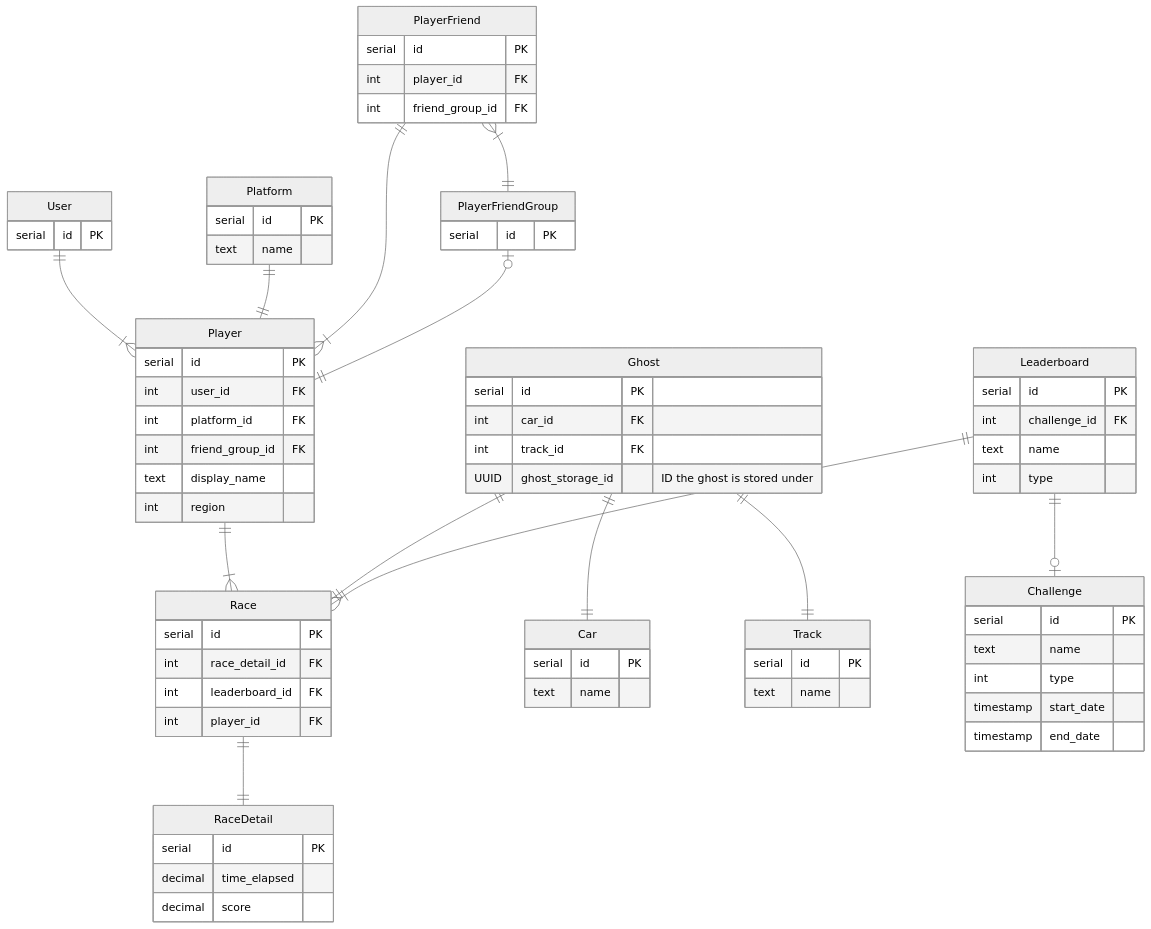
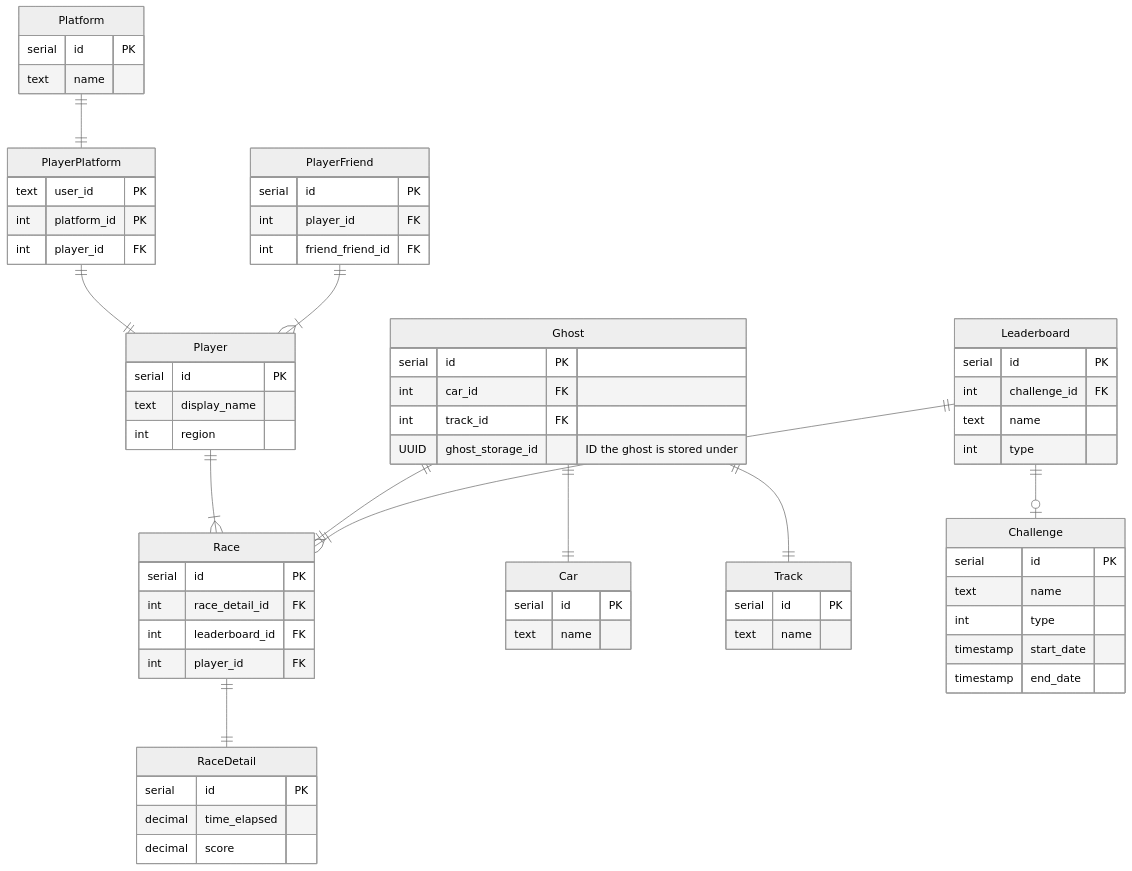
Before and after one commit to rick-0/MegaLeaderboard: the second of 2 diagrams in README.md, drawn with Mermaid.

````diff
--- a/README.md
+++ b/README.md
@@ -74,78 +74,72 @@
 ``` mermaid
 %%{init: {'theme':'neutral'}}%%
 erDiagram
-    User ||--|{ Player : ""
+    PlayerPlatform ||--|| Player : ""
+    Platform ||--|| PlayerPlatform : ""
+    PlayerFriend ||--|{ Player : ""
     Player ||--|{ Race : ""
-    Platform ||--|| Player : ""
-    PlayerFriend ||--|{ Player : ""
-    PlayerFriendGroup |o--|| Player : ""
-    PlayerFriend }|--|| PlayerFriendGroup : ""
     Ghost ||--|| Race : ""
     Race ||--|| RaceDetail : ""
     Ghost ||--|| Car : ""
     Ghost ||--|| Track : ""
     Leaderboard ||--|{ Race : ""
     Leaderboard ||--o| Challenge : ""
 
-    User {
-        serial id PK
-    }
     Player {
         serial id PK
-        int user_id FK
-        int platform_id FK
-        int friend_group_id FK
         text display_name
 	    int region
+    }
+    PlayerPlatform {
+        text user_id PK
+        int platform_id PK
+        int player_id FK
     }
     Platform {
         serial id PK
         text name
     }
-    PlayerFriendGroup {
-        serial id PK
-    }
     PlayerFriend {
         serial id PK
         int player_id FK
-        int friend_group_id FK
+        int friend_friend_id FK
     }
     Ghost {
         serial id PK
         int car_id FK
         int track_id FK
         UUID ghost_storage_id "ID the ghost is stored under"
     }
     RaceDetail {
         serial id PK
         decimal time_elapsed
         decimal score
     }
     Race {
         serial id PK
         int race_detail_id FK
         int leaderboard_id FK
         int player_id FK
     }
     Car {
         serial id PK
         text name
     }
     Track {
         serial id PK
         text name
     }
     Leaderboard {
         serial id PK
         int challenge_id FK
         text name
         int type
     }
     Challenge {
         serial id PK
         text name
         int type
         timestamp start_date
         timestamp end_date
     }
 ```
````
